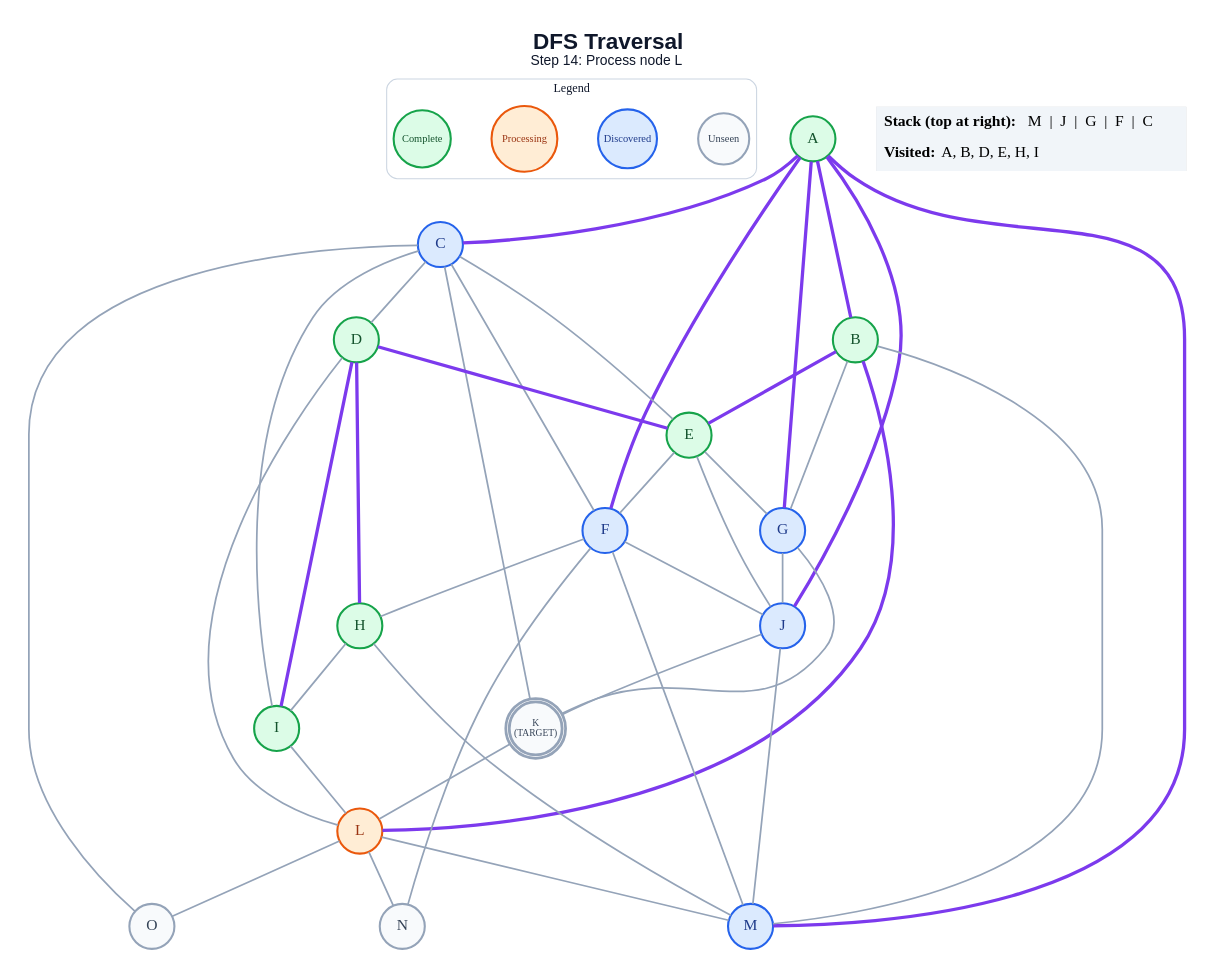
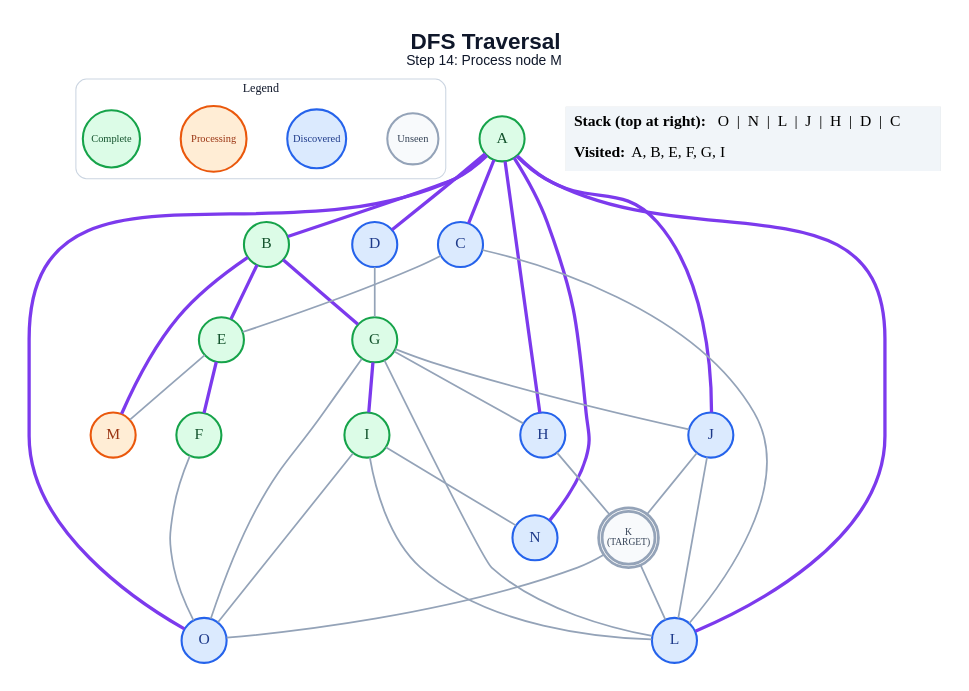
The diagram in generated/specific-node/dfs/step_14.dot (anon7238593-create/ai-slop), drawn with Graphviz before and after one commit. The commit also changed 288 other files, not shown here.

```diff
--- a/generated/specific-node/dfs/step_14.dot
+++ b/generated/specific-node/dfs/step_14.dot
@@ -1,72 +1,64 @@
 graph traversal {
   graph [layout=dot, rankdir=TB, bgcolor="#FFFFFF", pad="0.35", nodesep="0.65", ranksep="0.8", fontname="Arial"];
   node [shape=circle, style="filled", fontname="Arial Bold", fontsize=18, width=0.72, fixedsize=true, penwidth=2.4];
   edge [color="#94A3B8", penwidth=2.0];
-  label=<<B>DFS Traversal</B><BR/><FONT POINT-SIZE="16">Step 14: Process node L</FONT>>; labelloc="t"; fontsize=26; fontname="Arial"; fontcolor="#0F172A";
+  label=<<B>DFS Traversal</B><BR/><FONT POINT-SIZE="16">Step 14: Process node M</FONT>>; labelloc="t"; fontsize=26; fontname="Arial"; fontcolor="#0F172A";
   subgraph cluster_legend { label="Legend"; color="#CBD5E1"; penwidth=1.2; style="rounded"; fontsize=14; fontname="Arial Bold";
     key_unseen [label="Unseen", fillcolor="#F8FAFC", color="#94A3B8", fontcolor="#334155", fontsize=12, width=0.82];
     key_frontier [label="Discovered", fillcolor="#DBEAFE", color="#2563EB", fontcolor="#1E3A8A", fontsize=12, width=0.95];
     key_current [label="Processing", fillcolor="#FFEDD5", color="#EA580C", fontcolor="#9A3412", fontsize=12, width=1.05];
     key_done [label="Complete", fillcolor="#DCFCE7", color="#16A34A", fontcolor="#14532D", fontsize=12, width=0.92];
     { rank=same; key_unseen; key_frontier; key_current; key_done; }
   }
   A [label="A", fillcolor="#DCFCE7", color="#16A34A", fontcolor="#14532D", peripheries=1, penwidth=2.4];
   B [label="B", fillcolor="#DCFCE7", color="#16A34A", fontcolor="#14532D", peripheries=1, penwidth=2.4];
   C [label="C", fillcolor="#DBEAFE", color="#2563EB", fontcolor="#1E3A8A", peripheries=1, penwidth=2.4];
-  D [label="D", fillcolor="#DCFCE7", color="#16A34A", fontcolor="#14532D", peripheries=1, penwidth=2.4];
+  D [label="D", fillcolor="#DBEAFE", color="#2563EB", fontcolor="#1E3A8A", peripheries=1, penwidth=2.4];
   E [label="E", fillcolor="#DCFCE7", color="#16A34A", fontcolor="#14532D", peripheries=1, penwidth=2.4];
-  F [label="F", fillcolor="#DBEAFE", color="#2563EB", fontcolor="#1E3A8A", peripheries=1, penwidth=2.4];
-  G [label="G", fillcolor="#DBEAFE", color="#2563EB", fontcolor="#1E3A8A", peripheries=1, penwidth=2.4];
-  H [label="H", fillcolor="#DCFCE7", color="#16A34A", fontcolor="#14532D", peripheries=1, penwidth=2.4];
+  F [label="F", fillcolor="#DCFCE7", color="#16A34A", fontcolor="#14532D", peripheries=1, penwidth=2.4];
+  G [label="G", fillcolor="#DCFCE7", color="#16A34A", fontcolor="#14532D", peripheries=1, penwidth=2.4];
+  H [label="H", fillcolor="#DBEAFE", color="#2563EB", fontcolor="#1E3A8A", peripheries=1, penwidth=2.4];
   I [label="I", fillcolor="#DCFCE7", color="#16A34A", fontcolor="#14532D", peripheries=1, penwidth=2.4];
   J [label="J", fillcolor="#DBEAFE", color="#2563EB", fontcolor="#1E3A8A", peripheries=1, penwidth=2.4];
   K [label="K\n(TARGET)", fillcolor="#F8FAFC", color="#94A3B8", fontcolor="#334155", peripheries=2, penwidth=3.2, fontsize=11, width=0.85, height=0.85];
-  L [label="L", fillcolor="#FFEDD5", color="#EA580C", fontcolor="#9A3412", peripheries=1, penwidth=2.4];
-  M [label="M", fillcolor="#DBEAFE", color="#2563EB", fontcolor="#1E3A8A", peripheries=1, penwidth=2.4];
-  N [label="N", fillcolor="#F8FAFC", color="#94A3B8", fontcolor="#334155", peripheries=1, penwidth=2.4];
-  O [label="O", fillcolor="#F8FAFC", color="#94A3B8", fontcolor="#334155", peripheries=1, penwidth=2.4];
+  L [label="L", fillcolor="#DBEAFE", color="#2563EB", fontcolor="#1E3A8A", peripheries=1, penwidth=2.4];
+  M [label="M", fillcolor="#FFEDD5", color="#EA580C", fontcolor="#9A3412", peripheries=1, penwidth=2.4];
+  N [label="N", fillcolor="#DBEAFE", color="#2563EB", fontcolor="#1E3A8A", peripheries=1, penwidth=2.4];
+  O [label="O", fillcolor="#DBEAFE", color="#2563EB", fontcolor="#1E3A8A", peripheries=1, penwidth=2.4];
   A -- B [color="#7C3AED", penwidth=3.8];
   A -- C [color="#7C3AED", penwidth=3.8];
-  A -- F [color="#7C3AED", penwidth=3.8];
-  A -- G [color="#7C3AED", penwidth=3.8];
+  A -- D [color="#7C3AED", penwidth=3.8];
+  A -- H [color="#7C3AED", penwidth=3.8];
   A -- J [color="#7C3AED", penwidth=3.8];
-  A -- M [color="#7C3AED", penwidth=3.8];
+  A -- L [color="#7C3AED", penwidth=3.8];
+  A -- N [color="#7C3AED", penwidth=3.8];
+  A -- O [color="#7C3AED", penwidth=3.8];
   B -- E [color="#7C3AED", penwidth=3.8];
-  B -- G;
-  B -- L [color="#7C3AED", penwidth=3.8];
-  B -- M;
-  C -- D;
+  B -- G [color="#7C3AED", penwidth=3.8];
+  B -- M [color="#7C3AED", penwidth=3.8];
   C -- E;
-  C -- F;
-  C -- I;
-  C -- K;
-  C -- O;
-  D -- E [color="#7C3AED", penwidth=3.8];
-  D -- H [color="#7C3AED", penwidth=3.8];
-  D -- I [color="#7C3AED", penwidth=3.8];
-  D -- L;
-  E -- F;
-  E -- G;
-  E -- J;
-  F -- H;
-  F -- J;
-  F -- M;
-  F -- N;
+  C -- L;
+  D -- G;
+  E -- F [color="#7C3AED", penwidth=3.8];
+  E -- M;
+  F -- O;
+  G -- H;
+  G -- I [color="#7C3AED", penwidth=3.8];
   G -- J;
-  G -- K;
-  H -- I;
-  H -- M;
+  G -- L;
+  G -- O;
+  H -- K;
   I -- L;
+  I -- N;
+  I -- O;
   J -- K;
-  J -- M;
+  J -- L;
   K -- L;
-  L -- M;
-  L -- N;
-  L -- O;
+  K -- O;
   status [shape=plain, fixedsize=false, width=0, height=0, margin=0, label=<
     <TABLE BORDER="0" CELLBORDER="0" CELLPADDING="7" BGCOLOR="#F1F5F9">
-      <TR><TD ALIGN="LEFT"><B>Stack (top at right):</B> M  |  J  |  G  |  F  |  C</TD></TR>
-      <TR><TD ALIGN="LEFT"><B>Visited:</B> A, B, D, E, H, I</TD></TR>
+      <TR><TD ALIGN="LEFT"><B>Stack (top at right):</B> O  |  N  |  L  |  J  |  H  |  D  |  C</TD></TR>
+      <TR><TD ALIGN="LEFT"><B>Visited:</B> A, B, E, F, G, I</TD></TR>
     </TABLE>
   >];
 }
```
